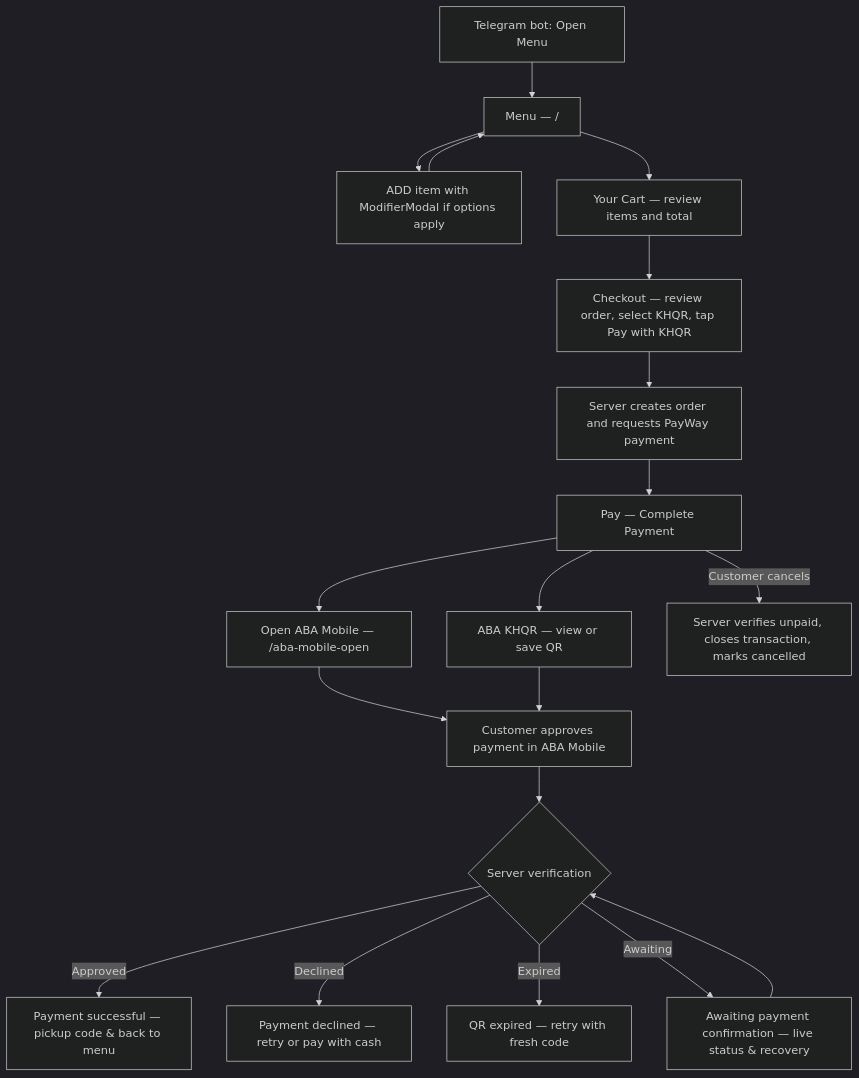
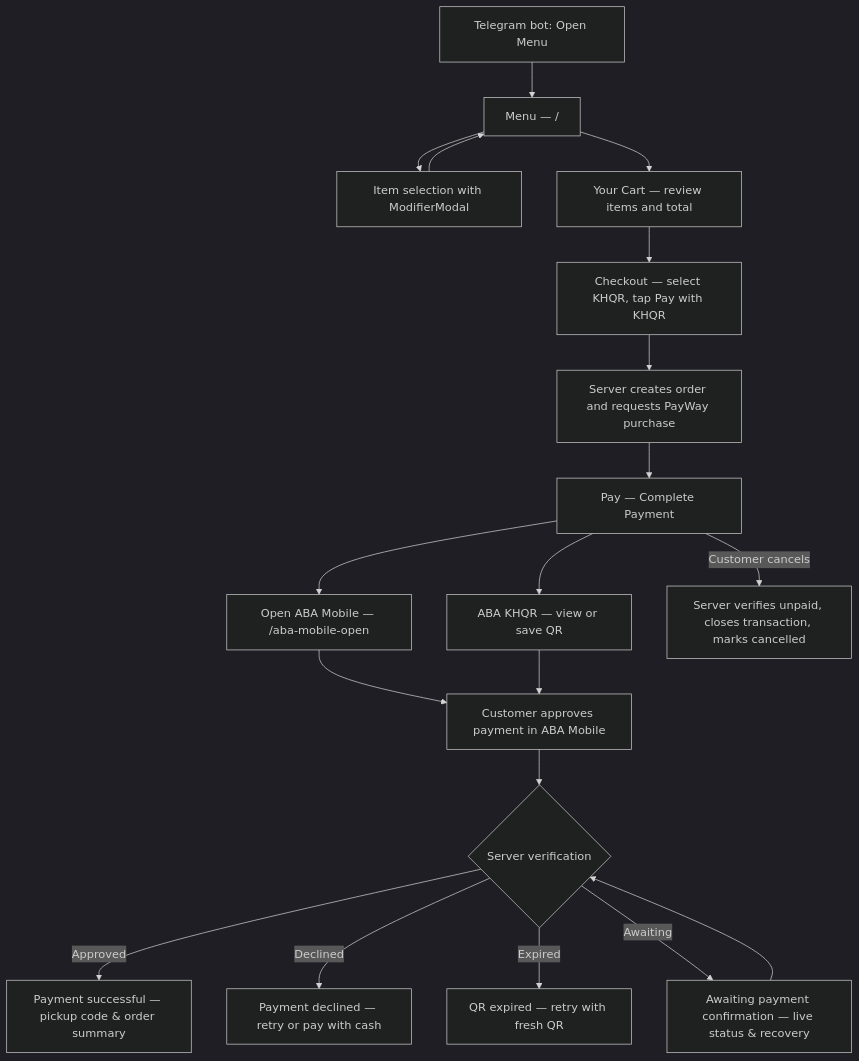
The first of 3 diagrams in docs/UI Flow/ABA_PAYWAY_PROPOSED_FLOW.md (rithsila/Ai-cha-zhengda-menu), drawn with Mermaid (dark theme) before and after one commit. The commit also changed other lines of this file and 2 other files, not shown here.

Commit message:
docs(payway): update and clean up ABA PayWay UI flow review document

````diff
--- a/docs/UI Flow/ABA_PAYWAY_PROPOSED_FLOW.md
+++ b/docs/UI Flow/ABA_PAYWAY_PROPOSED_FLOW.md
@@ -11,21 +16,21 @@
 ```mermaid
 flowchart TD
     A[Telegram bot: Open Menu] --> B[Menu — /]
-    B --> C[ADD item with ModifierModal if options apply]
+    B --> C[Item selection with ModifierModal]
     C --> B
     B --> D[Your Cart — review items and total]
-    D --> E[Checkout — review order, select KHQR, tap Pay with KHQR]
-    E --> F[Server creates order and requests PayWay payment]
+    D --> E[Checkout — select KHQR, tap Pay with KHQR]
+    E --> F[Server creates order and requests PayWay purchase]
     F --> G[Pay — Complete Payment]
     G --> H[Open ABA Mobile — /aba-mobile-open]
     G --> I[ABA KHQR — view or save QR]
     H --> J[Customer approves payment in ABA Mobile]
     I --> J
     J --> K{Server verification}
-    K -->|Approved| L[Payment successful — pickup code & back to menu]
+    K -->|Approved| L[Payment successful — pickup code & order summary]
     K -->|Declined| M[Payment declined — retry or pay with cash]
-    K -->|Expired| N[QR expired — retry with fresh code]
+    K -->|Expired| N[QR expired — retry with fresh QR]
     K -->|Awaiting| O[Awaiting payment confirmation — live status & recovery]
     G -->|Customer cancels| P[Server verifies unpaid, closes transaction, marks cancelled]
     O --> K
 ```
````
